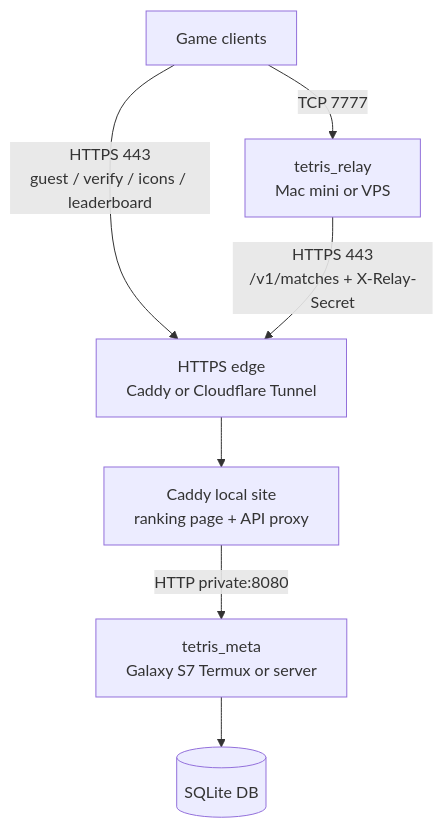
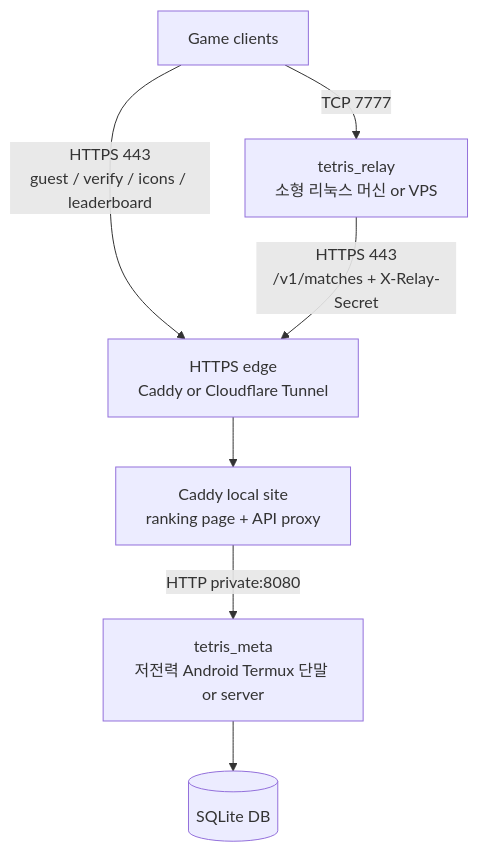
One commit to Rein-ArXiv/Tetris-Multiplayer-RL changed the diagram in docs/public-server-deployment.md. Above: the diagram before and after it, drawn with Mermaid. The commit also changed other lines of this file and 28 other files, not shown here.

````diff
--- a/docs/public-server-deployment.md
+++ b/docs/public-server-deployment.md
@@ -11,9 +11,9 @@
 ```mermaid
 graph TB
-    C[Game clients] -- TCP 7777 --> R[tetris_relay<br/>Mac mini or VPS]
+    C[Game clients] -- TCP 7777 --> R[tetris_relay<br/>소형 리눅스 머신 or VPS]
     C -- HTTPS 443<br/>guest / verify / icons / leaderboard --> CF[HTTPS edge<br/>Caddy or Cloudflare Tunnel]
     R -- HTTPS 443<br/>/v1/matches + X-Relay-Secret --> CF
     CF --> W[Caddy local site<br/>ranking page + API proxy]
-    W -- HTTP private:8080 --> M[tetris_meta<br/>Galaxy S7 Termux or server]
+    W -- HTTP private:8080 --> M[tetris_meta<br/>저전력 Android Termux 단말 or server]
     M --> DB[(SQLite DB)]
 ```
````
